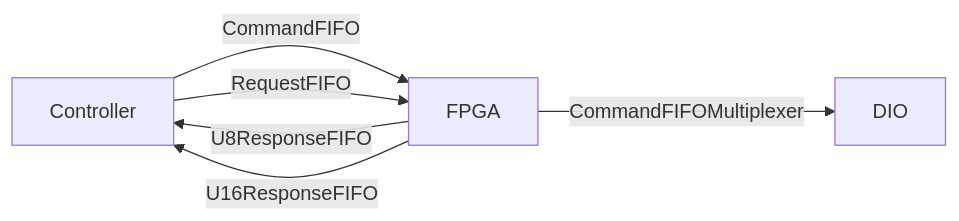
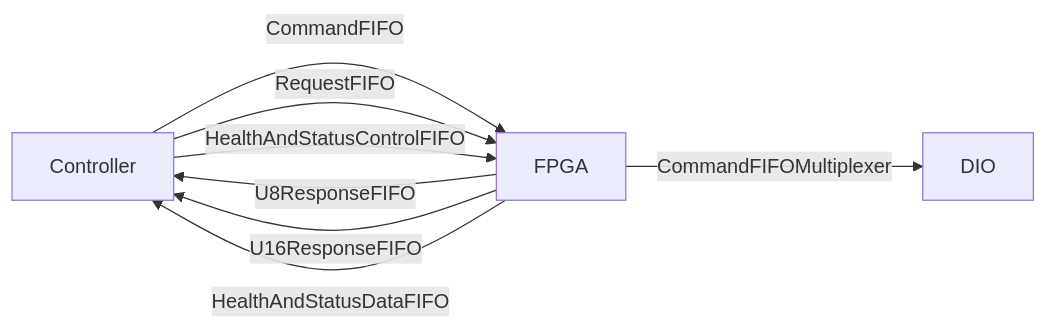
One commit to lsst-ts/ts_M1M3SupportFPGA changed the diagram in README.md. Above: the diagram before and after it, drawn with Mermaid. The commit also changed other lines of this file, not shown here.

Commit message:
Fixes README.md - Health&Status, changed C++ directory

````diff
--- a/README.md
+++ b/README.md
@@ -10,8 +10,10 @@
 ```mermaid
 graph LR
 Controller -- CommandFIFO --> FPGA
 FPGA -- CommandFIFOMultiplexer --> DIO
 Controller -- RequestFIFO --> FPGA
 FPGA -- U8ResponseFIFO --> Controller
 FPGA -- U16ResponseFIFO --> Controller
+Controller -- HealthAndStatusControlFIFO --> FPGA
+FPGA -- HealthAndStatusDataFIFO --> Controller
 ```
````
